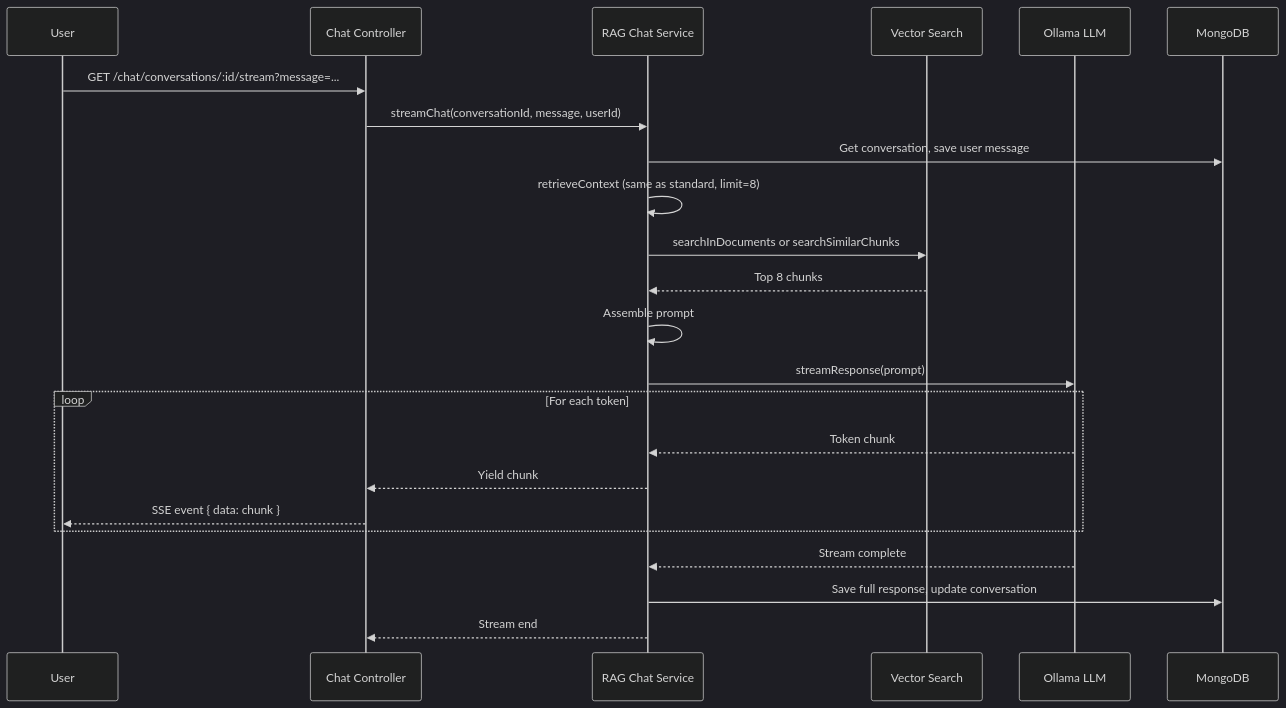
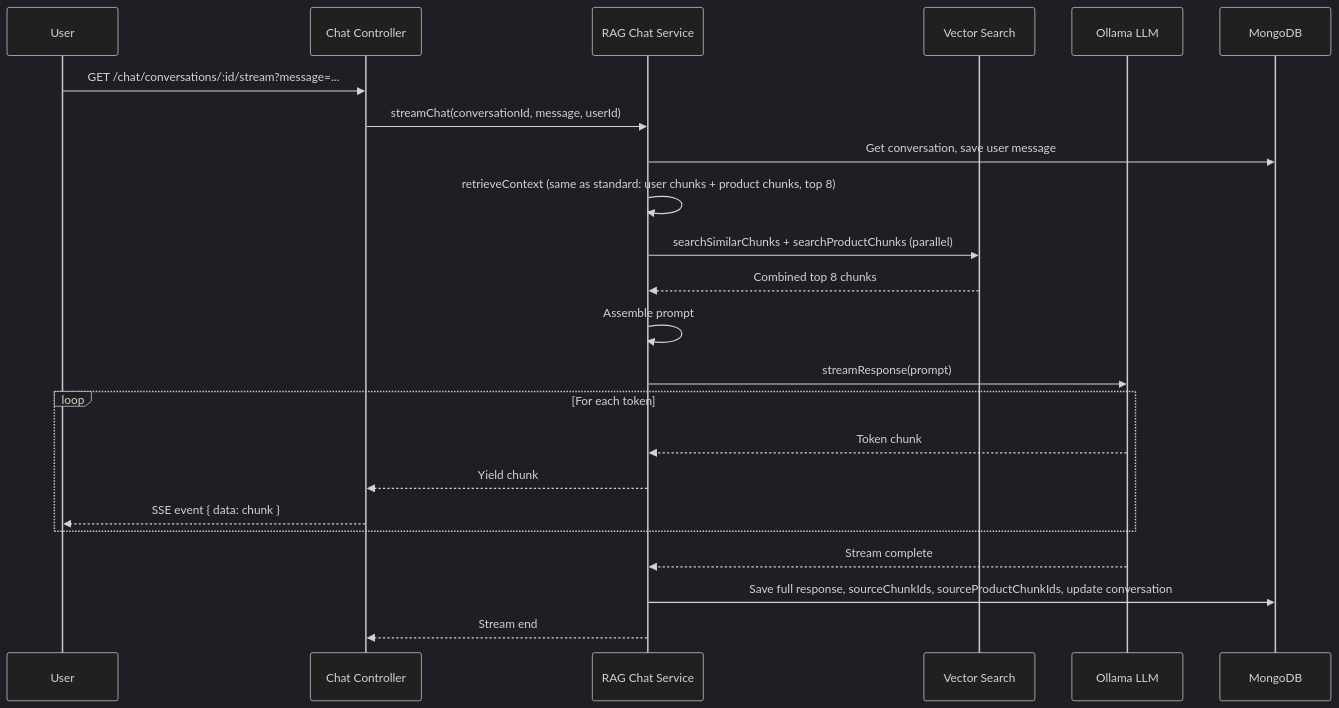
One commit to shahadathhs/rag changed the sixth of 6 diagrams in docs/RAG_FLOW.md. Above: the diagram before and after it, drawn with Mermaid (dark theme). The commit also changed other lines of this file and 2 other files, not shown here.

````diff
--- a/docs/RAG_FLOW.md
+++ b/docs/RAG_FLOW.md
@@ -242,30 +348,30 @@
 ```mermaid
 sequenceDiagram
     participant User
     participant API as Chat Controller
     participant RC as RAG Chat Service
     participant VS as Vector Search
     participant Ollama as Ollama LLM
     participant DB as MongoDB
 
     User->>API: GET /chat/conversations/:id/stream?message=...
     API->>RC: streamChat(conversationId, message, userId)
 
     RC->>DB: Get conversation, save user message
-    RC->>RC: retrieveContext (same as standard, limit=8)
-    RC->>VS: searchInDocuments or searchSimilarChunks
-    VS-->>RC: Top 8 chunks
+    RC->>RC: retrieveContext (same as standard: user chunks + product chunks, top 8)
+    RC->>VS: searchSimilarChunks + searchProductChunks (parallel)
+    VS-->>RC: Combined top 8 chunks
 
     RC->>RC: Assemble prompt
     RC->>Ollama: streamResponse(prompt)
 
     loop For each token
         Ollama-->>RC: Token chunk
         RC-->>API: Yield chunk
         API-->>User: SSE event { data: chunk }
     end
 
     Ollama-->>RC: Stream complete
-    RC->>DB: Save full response, update conversation
+    RC->>DB: Save full response, sourceChunkIds, sourceProductChunkIds, update conversation
     RC-->>API: Stream end
 ```
````
